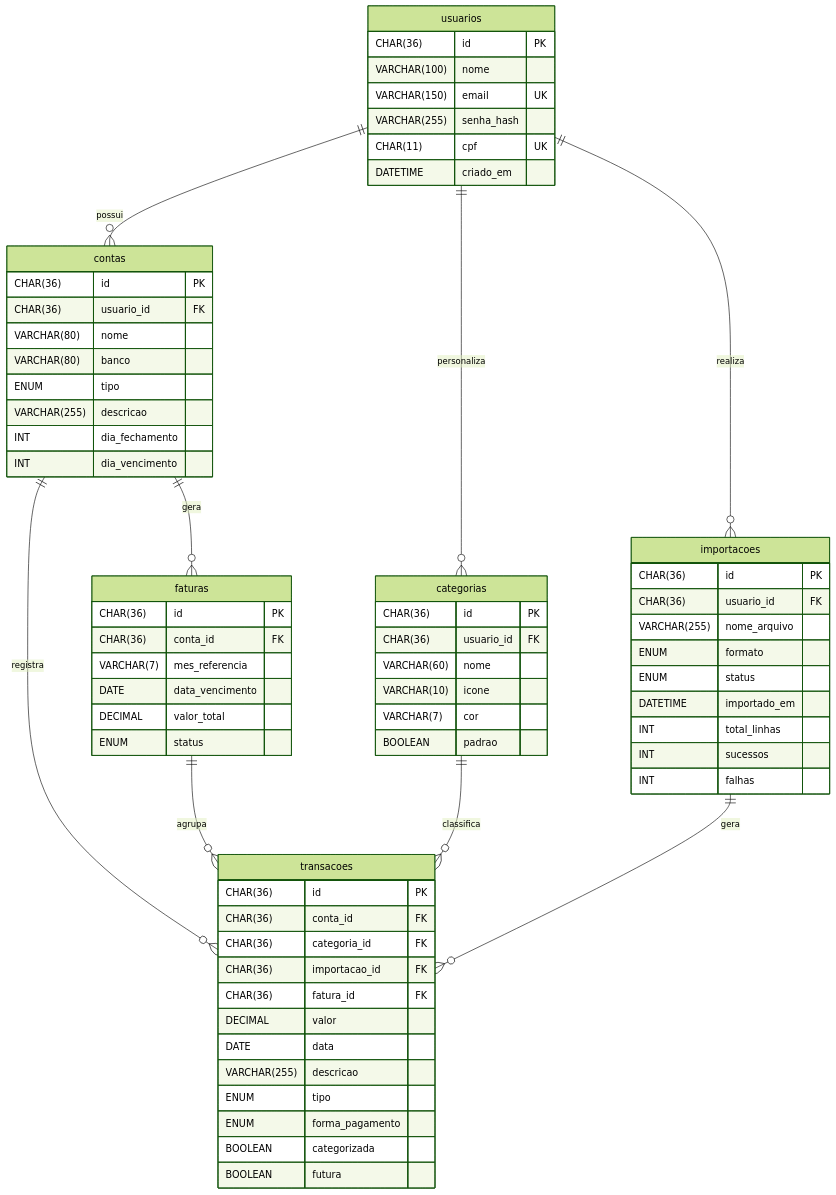
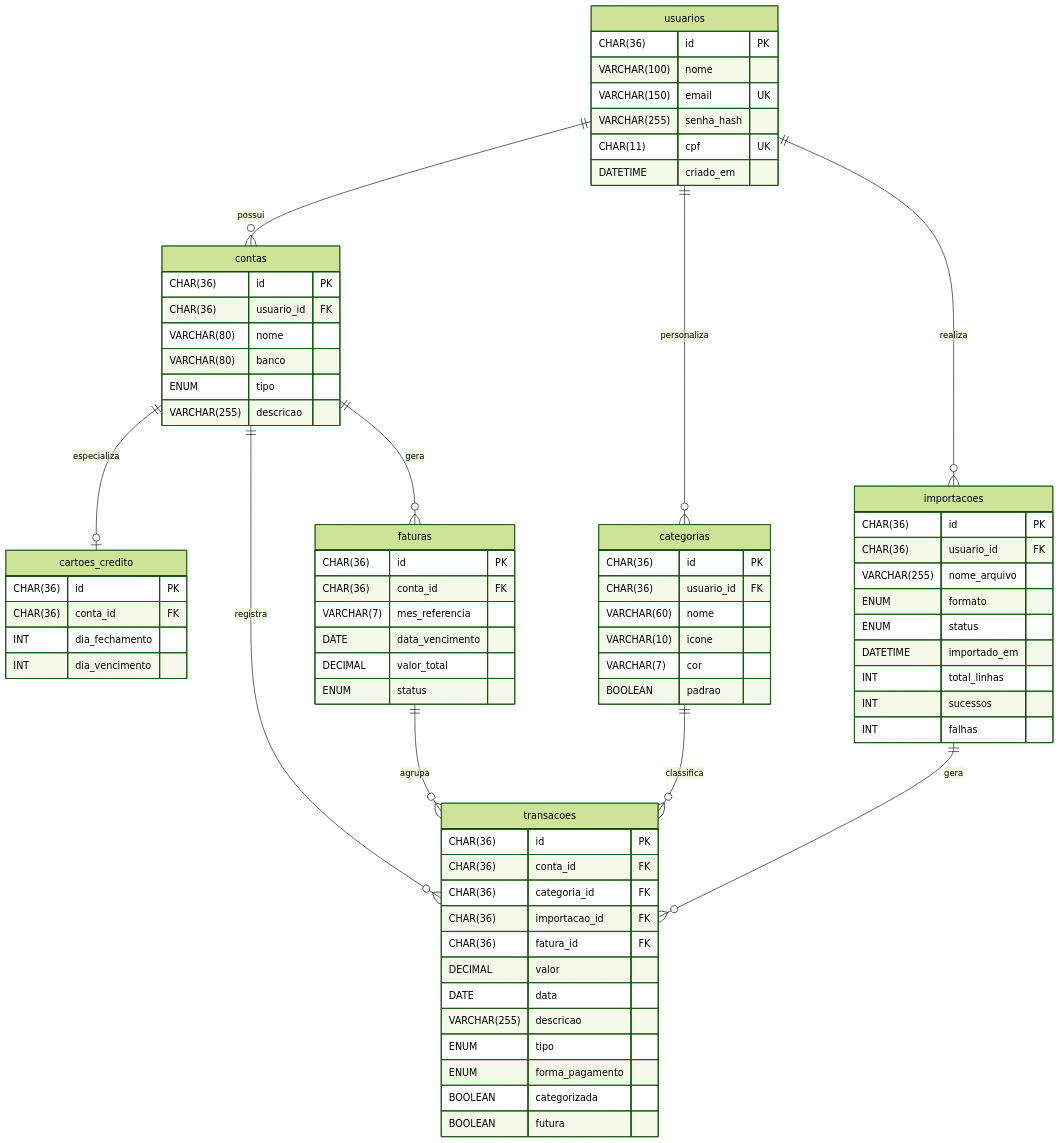
The diagram in docs/diagramaERD.md (IFSC-ES2/projeto-app_financeiro), drawn with Mermaid (forest theme) before and after one commit. The commit also changed 1 other file, not shown here.

Commit message:
docs: Alterações nos diagramas para se adaptar ao cartão de crédito
Seguindo sugestão de review foi criado uma nova tabela no ERD e adaptado o UML para essa nova entidade

````diff
--- a/docs/diagramaERD.md
+++ b/docs/diagramaERD.md
@@ -1,76 +1,83 @@
 ```mermaid
 erDiagram
-    usuarios {
-        CHAR(36) id PK
-        VARCHAR(100) nome
-        VARCHAR(150) email UK
-        VARCHAR(255) senha_hash
-        CHAR(11) cpf UK
-        DATETIME criado_em
-    }
-
-    contas {
-        CHAR(36) id PK
-        CHAR(36) usuario_id FK
-        VARCHAR(80) nome
-        VARCHAR(80) banco
-        ENUM tipo
-        VARCHAR(255) descricao
-        INT dia_fechamento
-        INT dia_vencimento
-    }
-
-    faturas {
-        CHAR(36) id PK
-        CHAR(36) conta_id FK
-        VARCHAR(7) mes_referencia
-        DATE data_vencimento
-        DECIMAL valor_total
-        ENUM status
-    }
-
-    categorias {
-        CHAR(36) id PK
-        CHAR(36) usuario_id FK
-        VARCHAR(60) nome
-        VARCHAR(10) icone
-        VARCHAR(7) cor
-        BOOLEAN padrao
-    }
-
-    importacoes {
-        CHAR(36) id PK
-        CHAR(36) usuario_id FK
-        VARCHAR(255) nome_arquivo
-        ENUM formato
-        ENUM status
-        DATETIME importado_em
-        INT total_linhas
-        INT sucessos
-        INT falhas
-    }
-
-    transacoes {
-        CHAR(36) id PK
-        CHAR(36) conta_id FK
-        CHAR(36) categoria_id FK
-        CHAR(36) importacao_id FK
-        CHAR(36) fatura_id FK
-        DECIMAL valor
-        DATE data
-        VARCHAR(255) descricao
-        ENUM tipo
-        ENUM forma_pagamento
-        BOOLEAN categorizada
-        BOOLEAN futura
-    }
-
-    usuarios ||--o{ contas : "possui"
-    usuarios ||--o{ categorias : "personaliza"
-    usuarios ||--o{ importacoes : "realiza"
-    contas ||--o{ faturas : "gera"
-    contas ||--o{ transacoes : "registra"
-    faturas ||--o{ transacoes : "agrupa"
-    categorias ||--o{ transacoes : "classifica"
-    importacoes ||--o{ transacoes : "gera"
+ 
+  usuarios {
+    CHAR(36)     id              PK
+    VARCHAR(100) nome
+    VARCHAR(150) email           UK
+    VARCHAR(255) senha_hash
+    CHAR(11)     cpf             UK
+    DATETIME     criado_em
+  }
+ 
+  contas {
+    CHAR(36)     id              PK
+    CHAR(36)     usuario_id      FK
+    VARCHAR(80)  nome
+    VARCHAR(80)  banco
+    ENUM         tipo
+    VARCHAR(255) descricao
+  }
+ 
+  cartoes_credito {
+    CHAR(36)     id              PK
+    CHAR(36)     conta_id        FK
+    INT          dia_fechamento
+    INT          dia_vencimento
+  }
+ 
+  faturas {
+    CHAR(36)     id              PK
+    CHAR(36)     conta_id        FK
+    VARCHAR(7)   mes_referencia
+    DATE         data_vencimento
+    DECIMAL      valor_total
+    ENUM         status
+  }
+ 
+  categorias {
+    CHAR(36)     id              PK
+    CHAR(36)     usuario_id      FK
+    VARCHAR(60)  nome
+    VARCHAR(10)  icone
+    VARCHAR(7)   cor
+    BOOLEAN      padrao
+  }
+ 
+  transacoes {
+    CHAR(36)     id              PK
+    CHAR(36)     conta_id        FK
+    CHAR(36)     categoria_id    FK
+    CHAR(36)     importacao_id   FK
+    CHAR(36)     fatura_id       FK
+    DECIMAL      valor
+    DATE         data
+    VARCHAR(255) descricao
+    ENUM         tipo
+    ENUM         forma_pagamento
+    BOOLEAN      categorizada
+    BOOLEAN      futura
+  }
+ 
+  importacoes {
+    CHAR(36)     id              PK
+    CHAR(36)     usuario_id      FK
+    VARCHAR(255) nome_arquivo
+    ENUM         formato
+    ENUM         status
+    DATETIME     importado_em
+    INT          total_linhas
+    INT          sucessos
+    INT          falhas
+  }
+ 
+  usuarios        ||--o{ contas          : "possui"
+  usuarios        ||--o{ categorias      : "personaliza"
+  usuarios        ||--o{ importacoes     : "realiza"
+  contas          ||--o| cartoes_credito  : "especializa"
+  contas          ||--o{ transacoes      : "registra"
+  contas          ||--o{ faturas         : "gera"
+  faturas         ||--o{ transacoes      : "agrupa"
+  categorias      ||--o{ transacoes      : "classifica"
+  importacoes     ||--o{ transacoes      : "gera"
 ```
````
